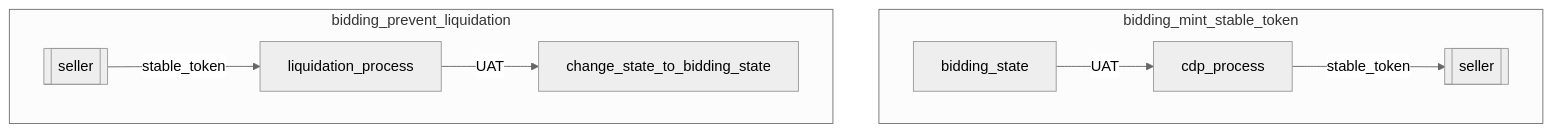
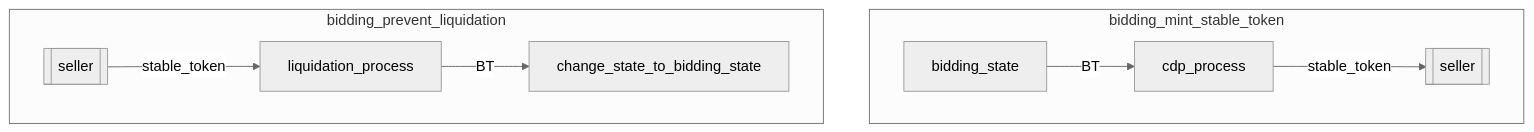
One commit to UnUniFi/chain changed the fourth of 7 diagrams in x/nftmarket/spec/03_auction_state.md. Above: the diagram before and after it, drawn with Mermaid (neutral theme). The commit also changed other lines of this file, not shown here.

Commit message:
feat: change token unit uat to bt

````diff
--- a/x/nftmarket/spec/03_auction_state.md
+++ b/x/nftmarket/spec/03_auction_state.md
@@ -87,16 +87,16 @@
 ```mermaid
 flowchart TD
 subgraph bidding_mint_stable_token
 	seller[[seller]]
 
-	bidding_state --UAT--> cdp_process
+	bidding_state --BT--> cdp_process
 	cdp_process--stable_token--> seller
 end
 
 subgraph bidding_prevent_liquidation
 	seller2[[seller]]
 
 	seller2 --stable_token--> liquidation_process
-	liquidation_process--UAT--> change_state_to_bidding_state
+	liquidation_process--BT--> change_state_to_bidding_state
 end
 ```
````
